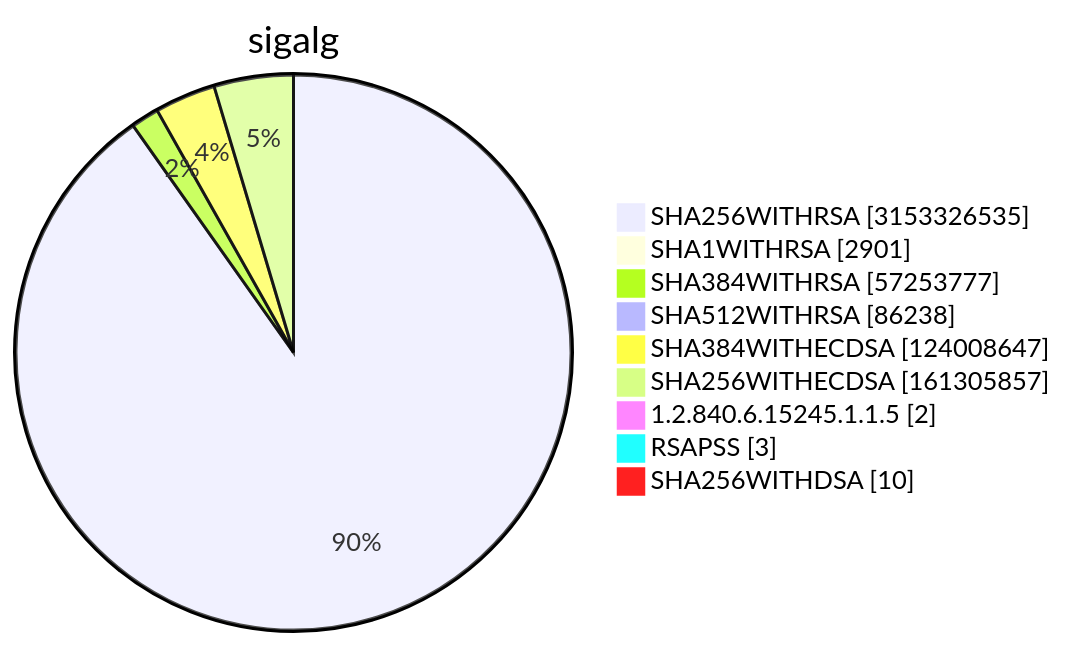
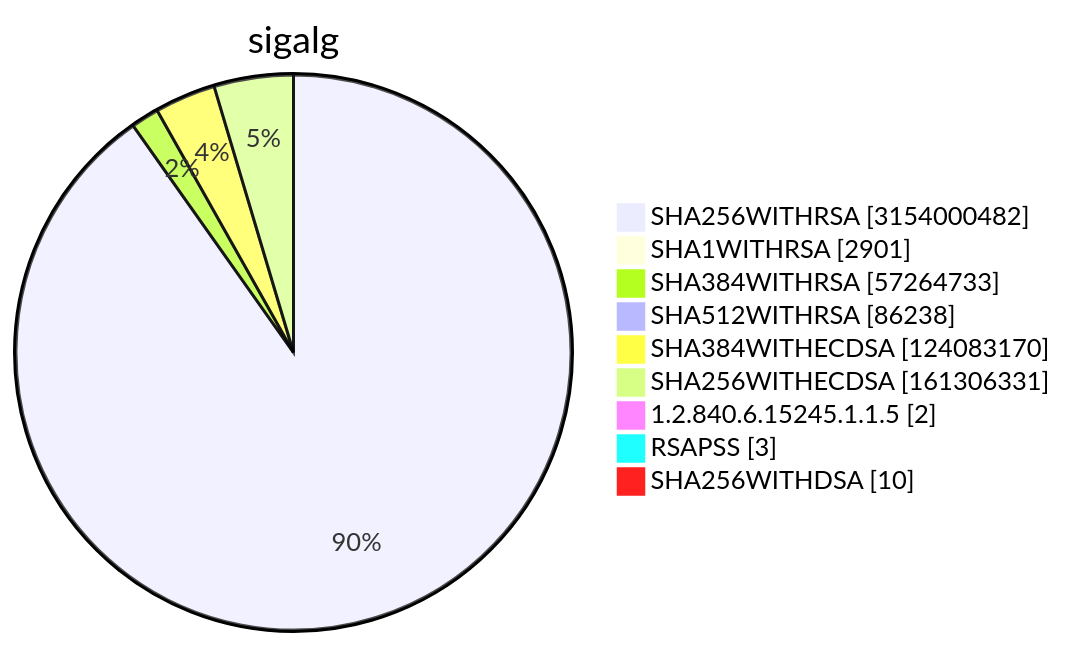
Before and after one commit to christiankrug/ctmonitor_visualization: diagram 15 of 15 in TOTAL/README.md, drawn with Mermaid. The commit also changed other lines of this file, not shown here.

````diff
--- a/TOTAL/README.md
+++ b/TOTAL/README.md
@@ -6213,13 +6213,13 @@
 ```mermaid
 pie showData
 title sigalg
-"SHA256WITHRSA" :3153326535
+"SHA256WITHRSA" :3154000482
 "SHA1WITHRSA" :2901
-"SHA384WITHRSA" :57253777
+"SHA384WITHRSA" :57264733
 "SHA512WITHRSA" :86238
-"SHA384WITHECDSA" :124008647
-"SHA256WITHECDSA" :161305857
+"SHA384WITHECDSA" :124083170
+"SHA256WITHECDSA" :161306331
 "1.2.840.6.15245.1.1.5" :2
 "RSAPSS" :3
 "SHA256WITHDSA" :10
 ```
````
